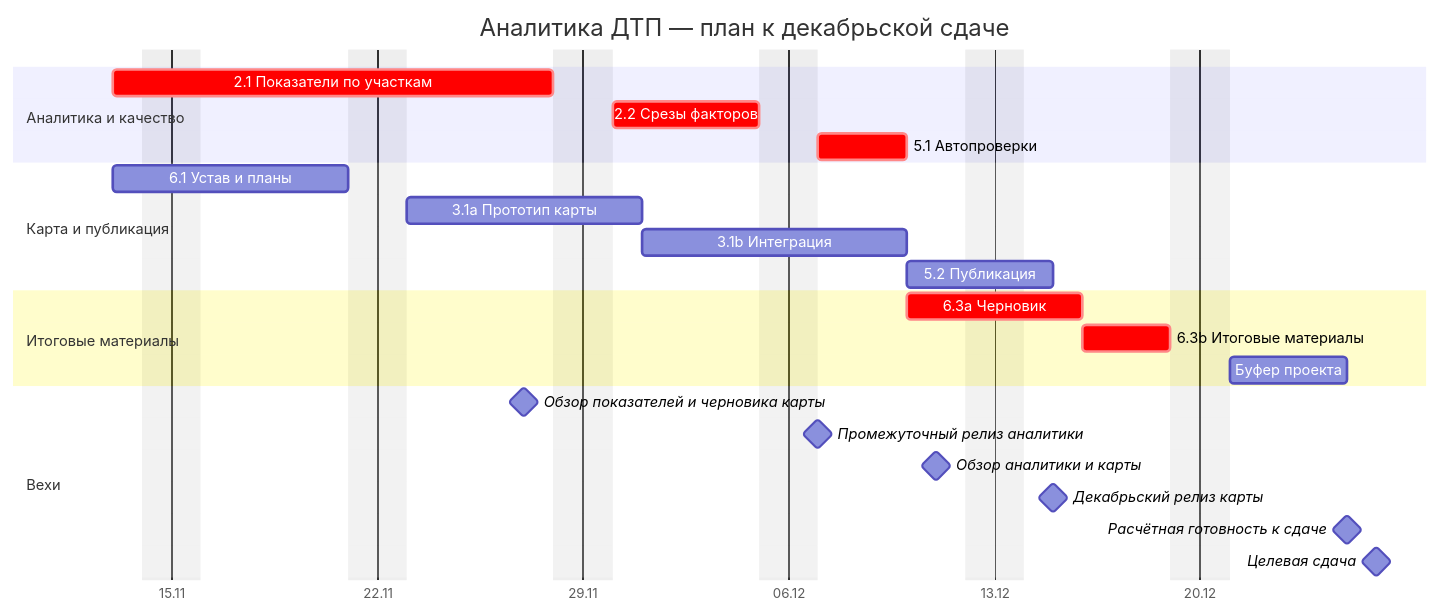
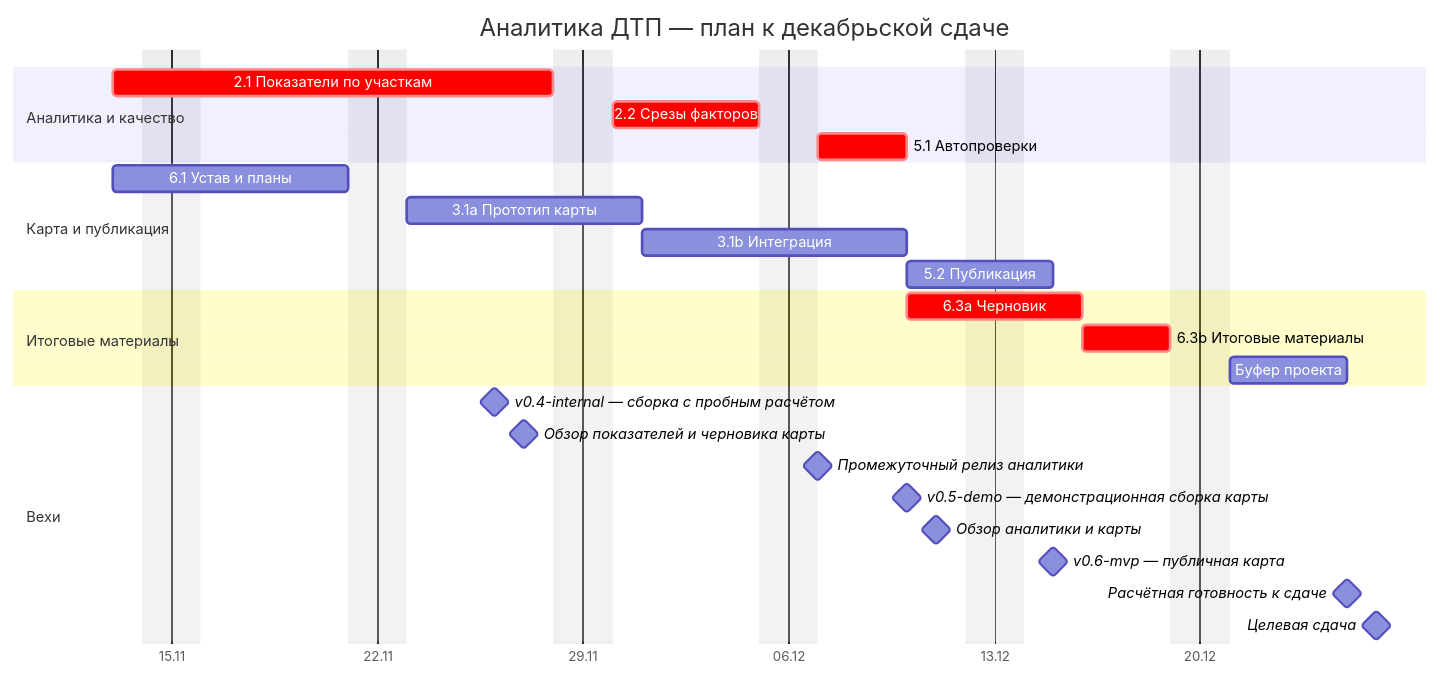
One commit to renvoid72/pm-lab-5-CIA changed the second of 2 diagrams in docs/schedule.md. Above: the diagram before and after it, drawn with Mermaid. The commit also changed other lines of this file, not shown here.

````diff
--- a/docs/schedule.md
+++ b/docs/schedule.md
@@ -60,27 +60,29 @@
 ```mermaid
 gantt
     title Аналитика ДТП — план к декабрьской сдаче
     dateFormat YYYY-MM-DD
     axisFormat %d.%m
     excludes weekends
     section Аналитика и качество
     2.1 Показатели по участкам :crit, metrics, 2026-11-13, 11d
     2.2 Срезы факторов         :crit, factors, after metrics, 5d
     5.1 Автопроверки           :crit, env, after factors, 3d
     section Карта и публикация
     6.1 Устав и планы          :plan, 2026-11-13, 6d
     3.1a Прототип карты        :proto, after plan, 6d
     3.1b Интеграция            :map, after proto metrics, 7d
     5.2 Публикация             :publish, after map factors env, 3d
     section Итоговые материалы
     6.3a Черновик              :crit, draft, after plan env, 4d
     6.3b Итоговые материалы    :crit, report, after publish draft, 3d
     Буфер проекта             :buffer, after report, 4d
     section Вехи
+    v0.4-internal — сборка с пробным расчётом :milestone, sprint1, 2026-11-26, 0d
     Обзор показателей и черновика карты :milestone, review1, 2026-11-27, 0d
     Промежуточный релиз аналитики :milestone, analytics, after factors, 0d
+    v0.5-demo — демонстрационная сборка карты :milestone, sprint2, 2026-12-10, 0d
     Обзор аналитики и карты   :milestone, review2, 2026-12-11, 0d
-    Декабрьский релиз карты   :milestone, release, after publish, 0d
+    v0.6-mvp — публичная карта :milestone, release, after publish, 0d
     Расчётная готовность к сдаче :milestone, ready, after buffer, 0d
     Целевая сдача             :milestone, target, 2026-12-26, 0d
 ```
````
